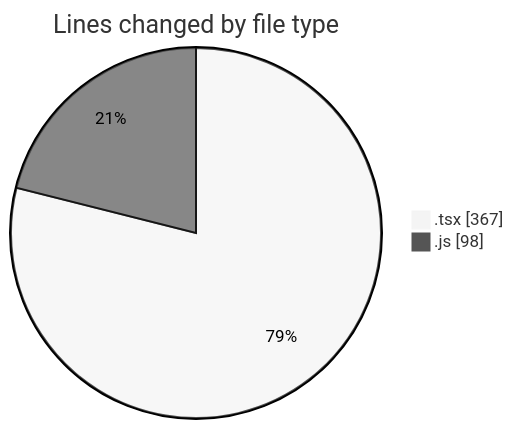
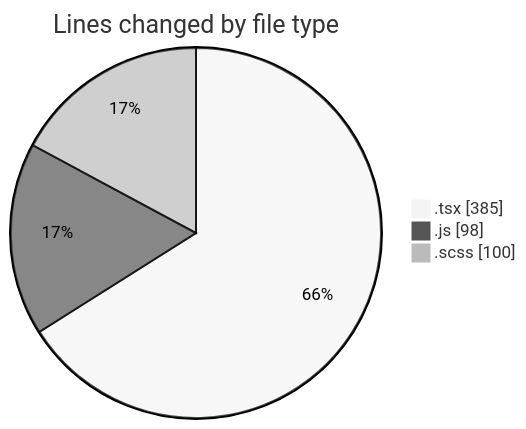
Before and after one commit to momahboobian/code-tracking: the first of 2 diagrams in 2025-03-31/cda/README.md, drawn with Mermaid (neutral theme). The commit also changed other lines of this file and 1 other file, not shown here.

````diff
--- a/2025-03-31/cda/README.md
+++ b/2025-03-31/cda/README.md
@@ -24,6 +25,7 @@
 ```mermaid
 pie showData
 title Lines changed by file type
-".tsx" : 367
+".tsx" : 385
 ".js" : 98
+".scss" : 100
 ```
````
